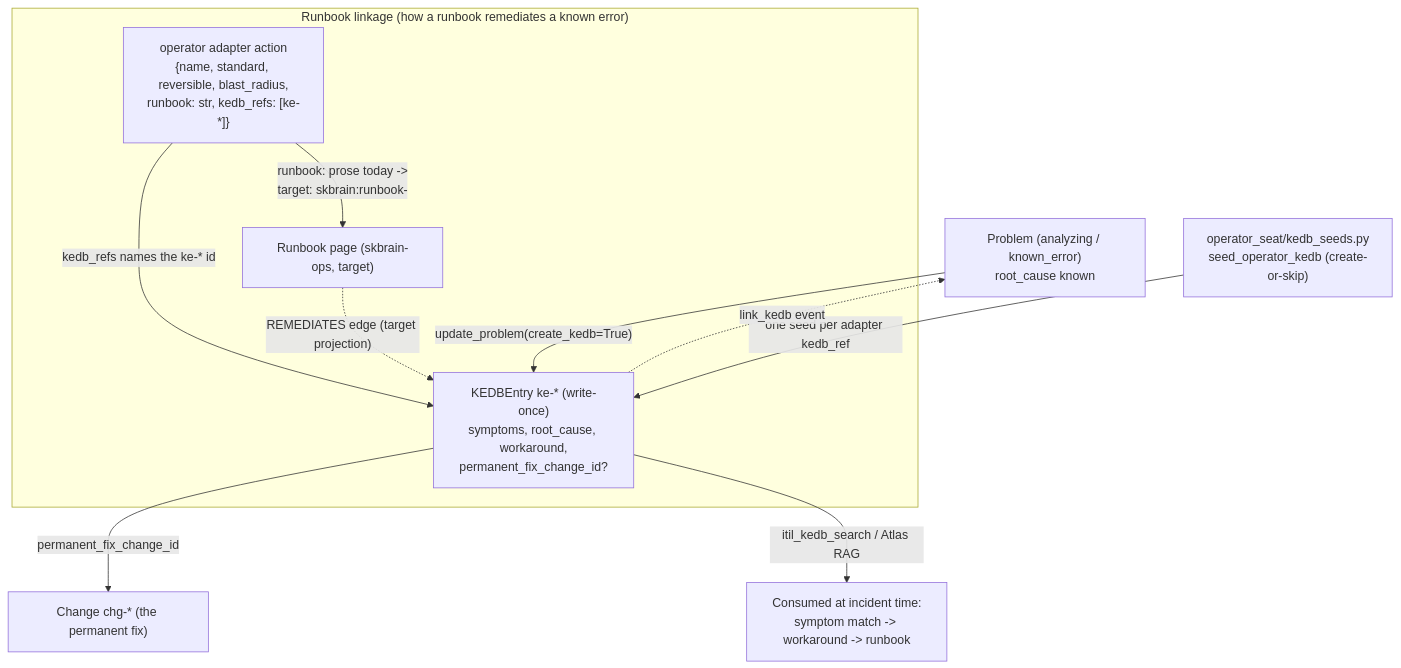
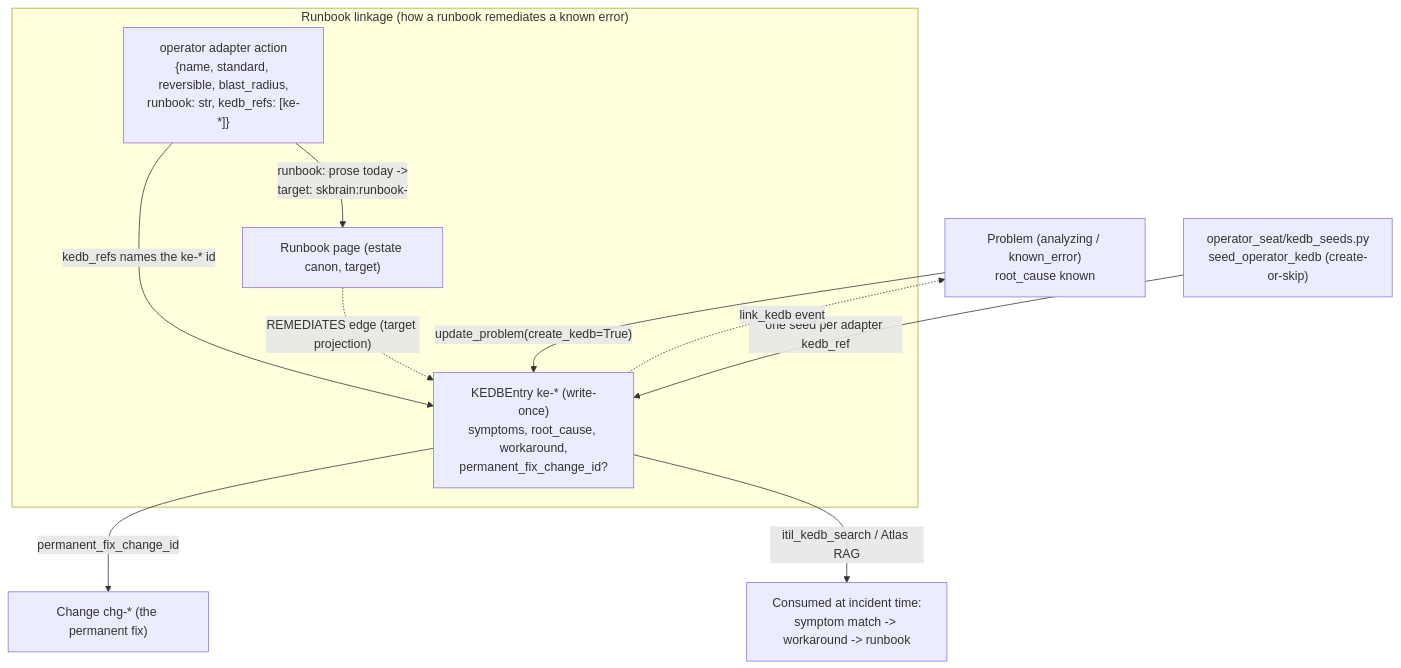
The third of 8 diagrams in standards/ITIL_AND_RUNBOOK_OPERATING_MODEL_STANDARD.md (smilinTux/sk-standards), drawn with Mermaid before and after one commit. The commit also changed other lines of this file and 6 other files, not shown here.

First line of the commit message:
standards: FRAMEWORK_AND_INSTANCE_STANDARD; skbrain canon is per estate (#73)

````diff
--- a/standards/ITIL_AND_RUNBOOK_OPERATING_MODEL_STANDARD.md
+++ b/standards/ITIL_AND_RUNBOOK_OPERATING_MODEL_STANDARD.md
@@ -205,16 +205,16 @@
 ```mermaid
 flowchart TD
     P["Problem (analyzing / known_error)<br/>root_cause known"] -->|"update_problem(create_kedb=True)"| KE["KEDBEntry ke-* (write-once)<br/>symptoms, root_cause, workaround,<br/>permanent_fix_change_id?"]
     SEED["operator_seat/kedb_seeds.py<br/>seed_operator_kedb (create-or-skip)"] -->|"one seed per adapter kedb_ref"| KE
     KE -.->|"link_kedb event"| P
     KE -->|"permanent_fix_change_id"| CHG["Change chg-* (the permanent fix)"]
 
     subgraph runbook_link["Runbook linkage (how a runbook remediates a known error)"]
         ADP["operator adapter action<br/>{name, standard, reversible, blast_radius,<br/>runbook: str, kedb_refs: [ke-*]}"]
         ADP -->|"kedb_refs names the ke-* id"| KE
-        ADP -->|"runbook: prose today -><br/>target: skbrain:runbook-<slug>"| RB["Runbook page (skbrain-ops, target)"]
+        ADP -->|"runbook: prose today -><br/>target: skbrain:runbook-<slug>"| RB["Runbook page (estate canon, target)"]
         RB -.->|"REMEDIATES edge (target projection)"| KE
     end
 
     KE -->|"itil_kedb_search / Atlas RAG"| USE["Consumed at incident time:<br/>symptom match -> workaround -> runbook"]
 ```
````
